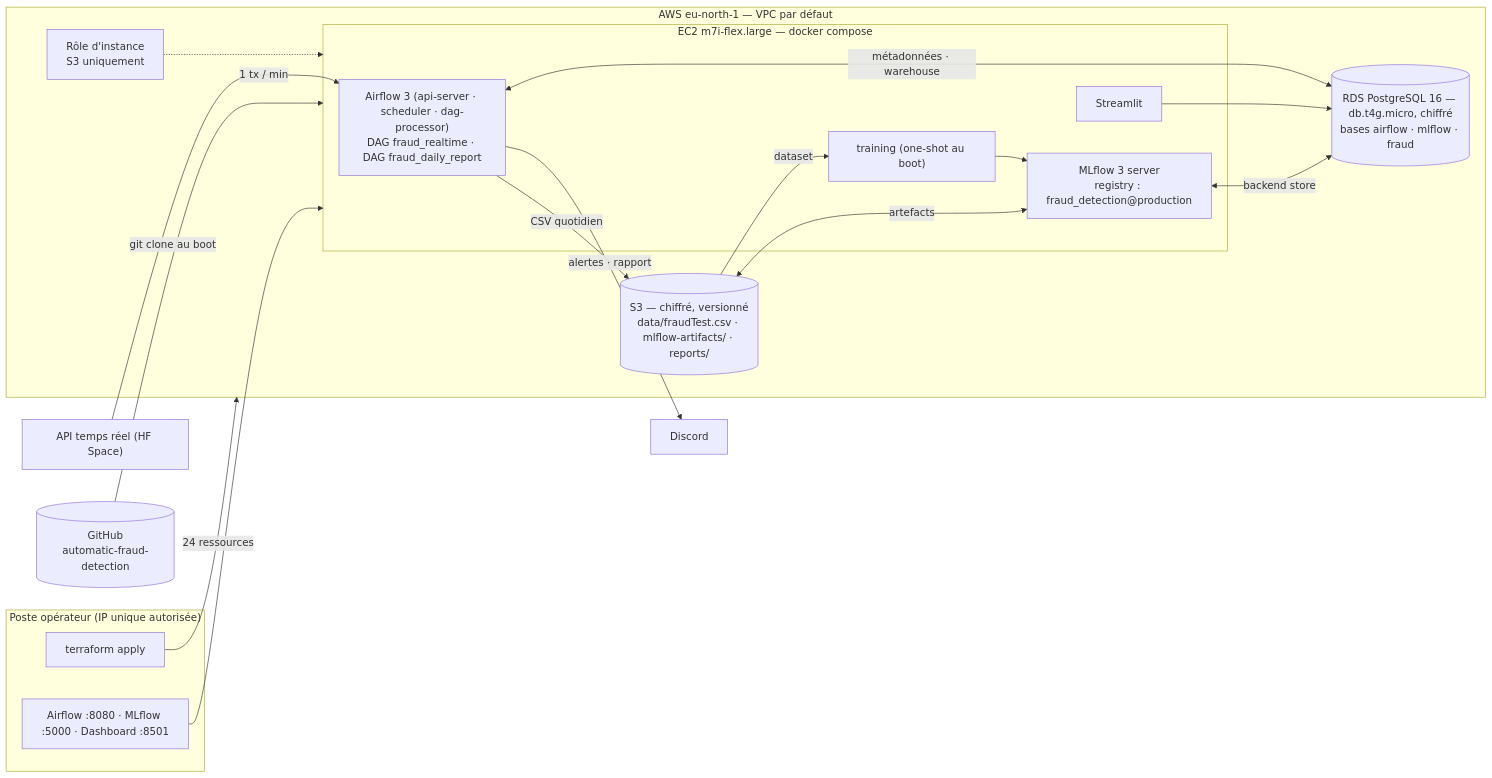
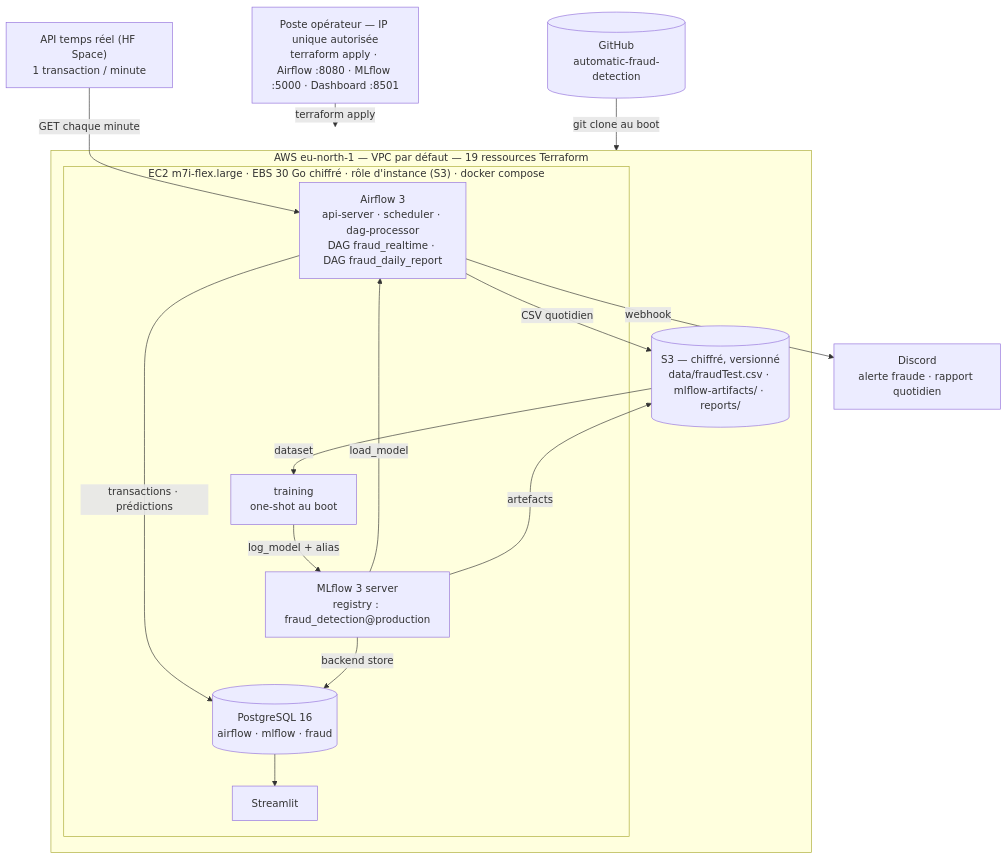
The diagram in docs/deployment-aws.md (emelineroblot/automatic-fraud-detection), drawn with Mermaid before and after one commit. The commit also changed other lines of this file and 9 other files, not shown here.

````diff
--- a/docs/deployment-aws.md
+++ b/docs/deployment-aws.md
@@ -15,34 +15,32 @@
 ```mermaid
-flowchart LR
-    subgraph OP["Poste opérateur (IP unique autorisée)"]
-        TF[terraform apply]
-        UI["Airflow :8080 · MLflow :5000 · Dashboard :8501"]
+flowchart TB
+    OP["Poste opérateur — IP unique autorisée<br/>terraform apply · Airflow :8080 · MLflow :5000 · Dashboard :8501"]
+    GH[("GitHub<br/>automatic-fraud-detection")]
+    API["API temps réel (HF Space)<br/>1 transaction / minute"]
+
+    subgraph AWS["AWS eu-north-1 — VPC par défaut — 19 ressources Terraform"]
+        subgraph EC2["EC2 m7i-flex.large · EBS 30 Go chiffré · rôle d'instance (S3) · docker compose"]
+            AF["Airflow 3<br/>api-server · scheduler · dag-processor<br/>DAG fraud_realtime · DAG fraud_daily_report"]
+            MLF["MLflow 3 server<br/>registry : fraud_detection@production"]
+            TRN["training<br/>one-shot au boot"]
+            PG[("PostgreSQL 16<br/>airflow · mlflow · fraud")]
+            DASH["Streamlit"]
+        end
+        S3[("S3 — chiffré, versionné<br/>data/fraudTest.csv · mlflow-artifacts/ · reports/")]
     end
-    subgraph AWS["AWS eu-north-1 — VPC par défaut"]
-        subgraph EC2["EC2 m7i-flex.large — docker compose"]
-            AF["Airflow 3 (api-server · scheduler · dag-processor)<br/>DAG fraud_realtime · DAG fraud_daily_report"]
-            MLF["MLflow 3 server<br/>registry : fraud_detection@production"]
-            DASH["Streamlit"]
-            TRN["training (one-shot au boot)"]
-        end
-        RDS[("RDS PostgreSQL 16 — db.t4g.micro, chiffré<br/>bases airflow · mlflow · fraud")]
-        S3[("S3 — chiffré, versionné<br/>data/fraudTest.csv · mlflow-artifacts/ · reports/")]
-        IAM["Rôle d'instance<br/>S3 uniquement"]
-    end
-    API["API temps réel (HF Space)"]
-    GH[("GitHub<br/>automatic-fraud-detection")]
-    DISC["Discord"]
 
-    TF -->|24 ressources| AWS
-    GH -->|git clone au boot| EC2
-    S3 -->|dataset| TRN --> MLF
-    MLF <-->|artefacts| S3
-    AF <-->|métadonnées · warehouse| RDS
-    MLF <-->|backend store| RDS
-    API -->|1 tx / min| AF
-    AF -->|alertes · rapport| DISC
-    AF -->|CSV quotidien| S3
-    DASH --> RDS
-    IAM -.-> EC2
-    UI --> EC2
+    DISC["Discord<br/>alerte fraude · rapport quotidien"]
+
+    OP -- "terraform apply" --> AWS
+    GH -- "git clone au boot" --> EC2
+    API -- "GET chaque minute" --> AF
+    S3 -- "dataset" --> TRN
+    TRN -- "log_model + alias" --> MLF
+    MLF -- "load_model" --> AF
+    MLF -- "artefacts" --> S3
+    AF -- "transactions · prédictions" --> PG
+    MLF -- "backend store" --> PG
+    PG --> DASH
+    AF -- "CSV quotidien" --> S3
+    AF -- "webhook" --> DISC
 ```
````
